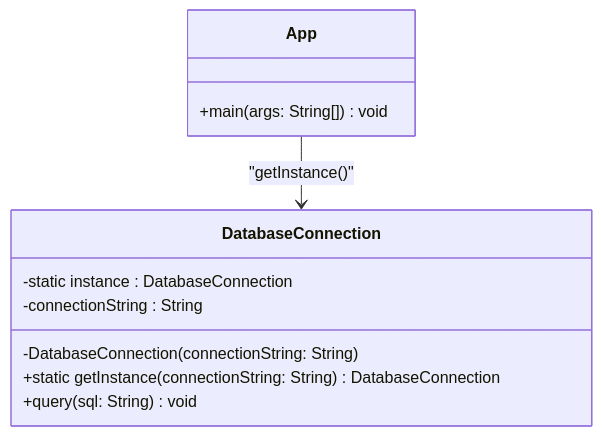
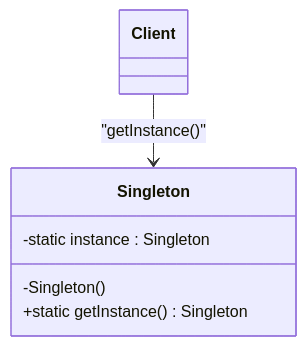
One commit to TureCatedu/DesignPattern changed the diagram in Creazionali/Singleton/README.md. Above: the diagram before and after it, drawn with Mermaid. The commit also changed other lines of this file and 7 other files, not shown here.

````diff
--- a/Creazionali/Singleton/README.md
+++ b/Creazionali/Singleton/README.md
@@ -16,16 +12,13 @@
 ```mermaid
 classDiagram
-    class DatabaseConnection {
-        -static instance : DatabaseConnection
-        -connectionString : String
-        -DatabaseConnection(connectionString: String)
-        +static getInstance(connectionString: String) DatabaseConnection
-        +query(sql: String) void
+    class Singleton {
+        -static instance : Singleton
+        -Singleton()
+        +static getInstance() Singleton
     }
 
-    class App {
-        +main(args: String[]) void
+    class Client {
     }
 
-    App --> DatabaseConnection : "getInstance()"
+    Client --> Singleton : "getInstance()"
 ```
````
